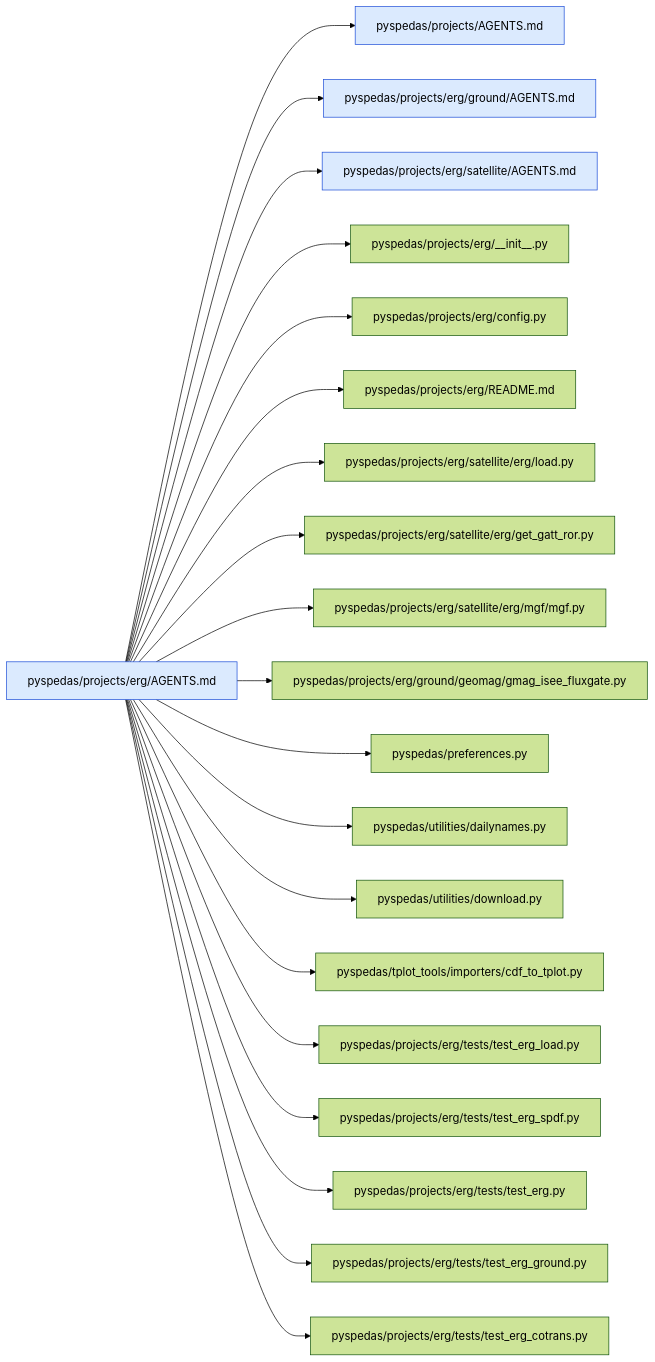
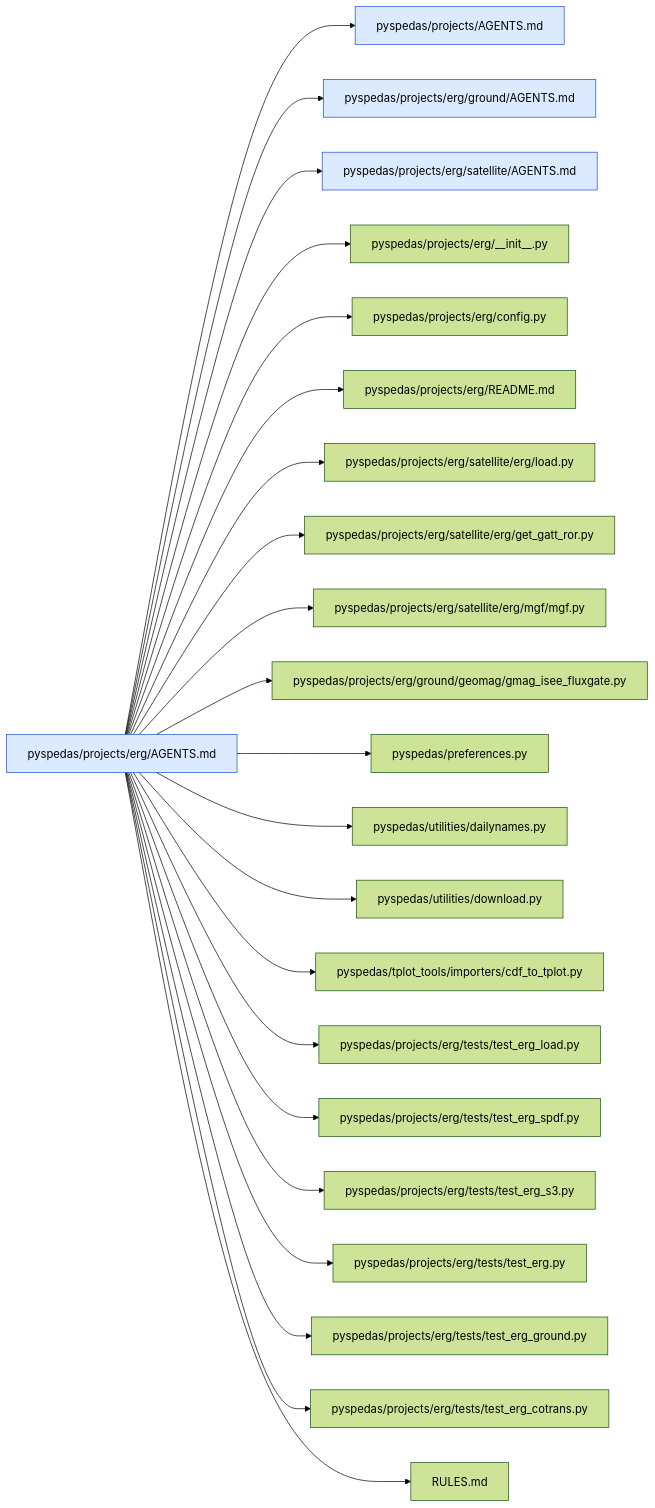
One commit to spedas/pyspedas changed diagram 15 of 44 in .agents/map/MAP.md. Above: the diagram before and after it, drawn with Mermaid (forest theme). The commit also changed other lines of this file and 75 other files, not shown here.

First line of the commit message:
1544 test s3 downloads of erg and mms data from heliocloud (#1581)

````diff
--- a/.agents/map/MAP.md
+++ b/.agents/map/MAP.md
@@ -657,25 +703,27 @@
 ```mermaid
 graph LR
   classDef agents fill:#dbeafe,stroke:#1d4ed8
   classDef missing fill:#fee2e2,stroke:#b91c1c,stroke-dasharray:4
   self["pyspedas/projects/erg/AGENTS.md"]:::agents
   self --> r0["pyspedas/projects/AGENTS.md"]:::agents
   self --> r1["pyspedas/projects/erg/ground/AGENTS.md"]:::agents
   self --> r2["pyspedas/projects/erg/satellite/AGENTS.md"]:::agents
   self --> r3["pyspedas/projects/erg/__init__.py"]
   self --> r4["pyspedas/projects/erg/config.py"]
   self --> r5["pyspedas/projects/erg/README.md"]
   self --> r6["pyspedas/projects/erg/satellite/erg/load.py"]
   self --> r7["pyspedas/projects/erg/satellite/erg/get_gatt_ror.py"]
   self --> r8["pyspedas/projects/erg/satellite/erg/mgf/mgf.py"]
   self --> r9["pyspedas/projects/erg/ground/geomag/gmag_isee_fluxgate.py"]
   self --> r10["pyspedas/preferences.py"]
   self --> r11["pyspedas/utilities/dailynames.py"]
   self --> r12["pyspedas/utilities/download.py"]
   self --> r13["pyspedas/tplot_tools/importers/cdf_to_tplot.py"]
   self --> r14["pyspedas/projects/erg/tests/test_erg_load.py"]
   self --> r15["pyspedas/projects/erg/tests/test_erg_spdf.py"]
-  self --> r16["pyspedas/projects/erg/tests/test_erg.py"]
-  self --> r17["pyspedas/projects/erg/tests/test_erg_ground.py"]
-  self --> r18["pyspedas/projects/erg/tests/test_erg_cotrans.py"]
+  self --> r16["pyspedas/projects/erg/tests/test_erg_s3.py"]
+  self --> r17["pyspedas/projects/erg/tests/test_erg.py"]
+  self --> r18["pyspedas/projects/erg/tests/test_erg_ground.py"]
+  self --> r19["pyspedas/projects/erg/tests/test_erg_cotrans.py"]
+  self --> r20["RULES.md"]
 ```
````
